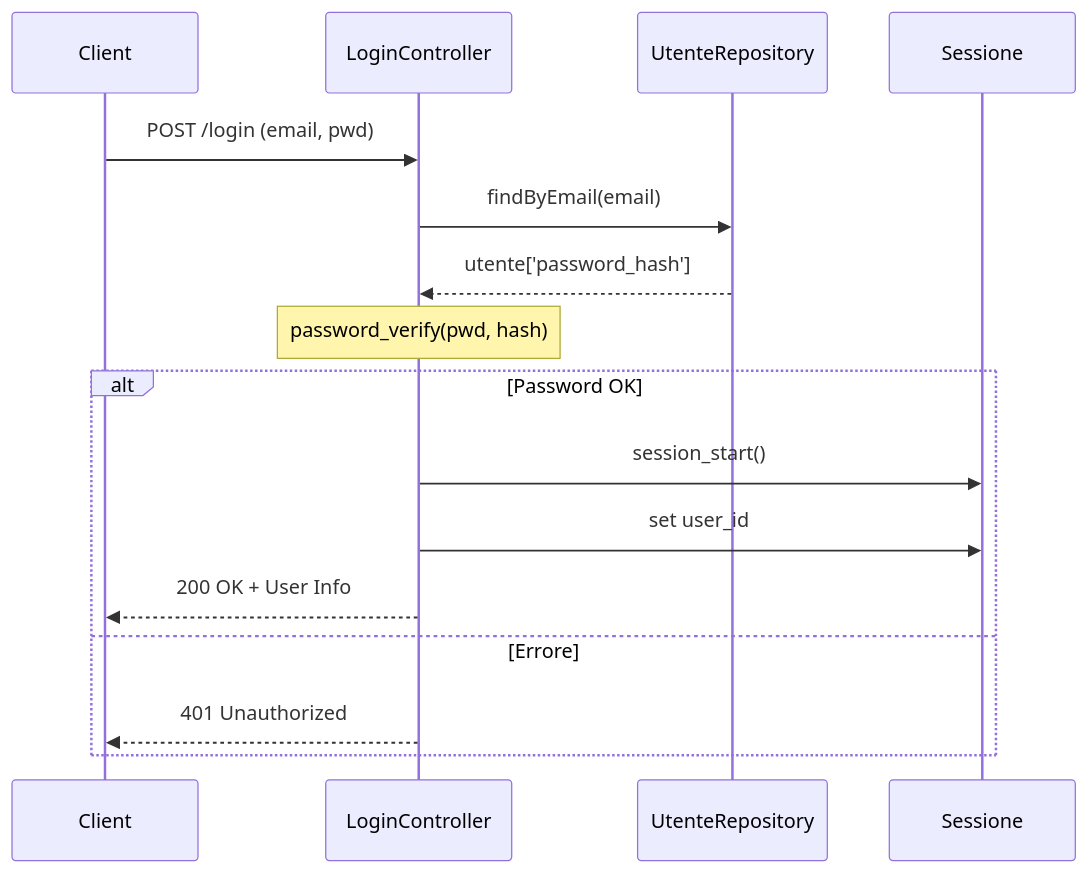
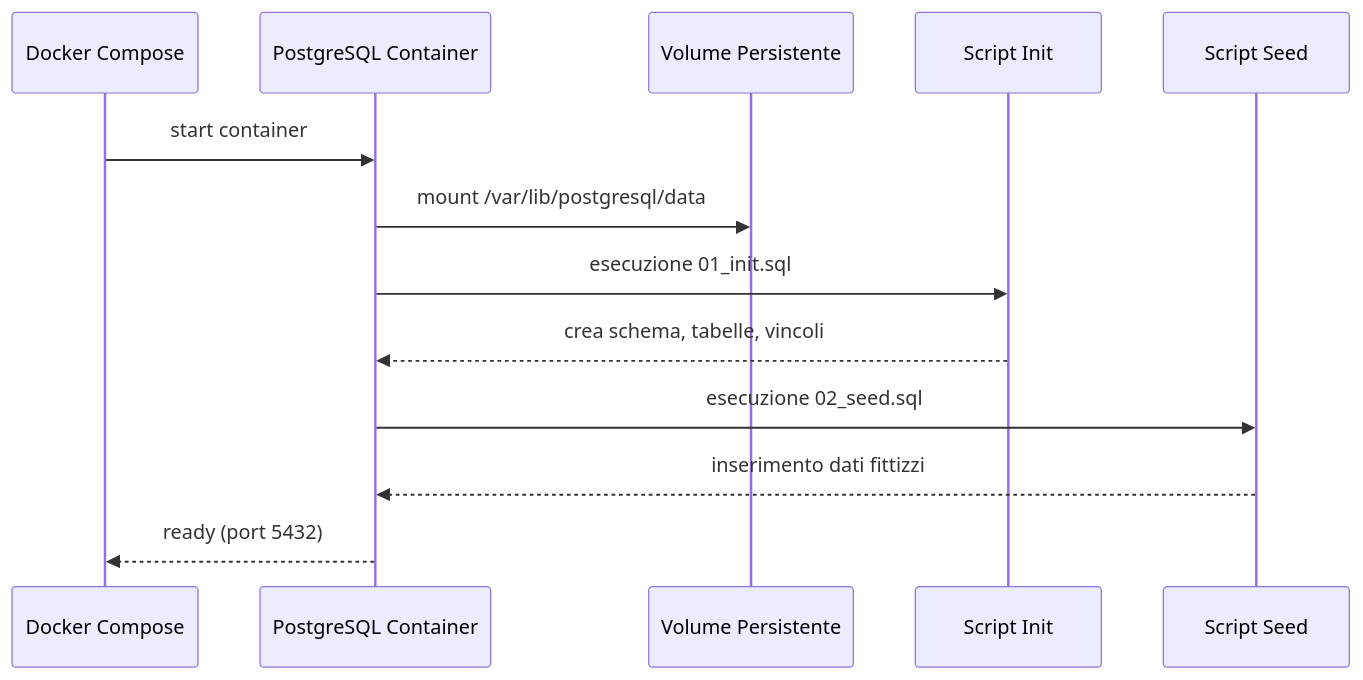
One commit to frankelfokou/Gestione-esami-universitari changed the seventh of 26 diagrams in README.md. Above: the diagram before and after it, drawn with Mermaid. The commit also changed other lines of this file, not shown here.

````diff
--- a/README.md
+++ b/README.md
@@ -759,19 +322,17 @@
 ```mermaid
+%%{init: {"theme": "default"}}%%
 sequenceDiagram
-    participant C as Client
-    participant L as LoginController
-    participant R as UtenteRepository
-    participant S as Sessione
-  
-    C->>L: POST /login (email, pwd)
-    L->>R: findByEmail(email)
-    R-->>L: utente['password_hash']
-    Note over L: password_verify(pwd, hash)
-    alt Password OK
-        L->>S: session_start()
-        L->>S: set user_id
-        L-->>C: 200 OK + User Info
-    else Errore
-        L-->>C: 401 Unauthorized
-    end
+    participant dc as Docker Compose
+    participant pg as PostgreSQL Container
+    participant vol as Volume Persistente
+    participant s_init as Script Init
+    participant s_seed as Script Seed
+
+    dc->>pg: start container
+    pg->>vol: mount /var/lib/postgresql/data
+    pg->>s_init: esecuzione 01_init.sql
+    s_init-->>pg: crea schema, tabelle, vincoli
+    pg->>s_seed: esecuzione 02_seed.sql
+    s_seed-->>pg: inserimento dati fittizzi
+    pg-->>dc: ready (port 5432)
 ```
````
